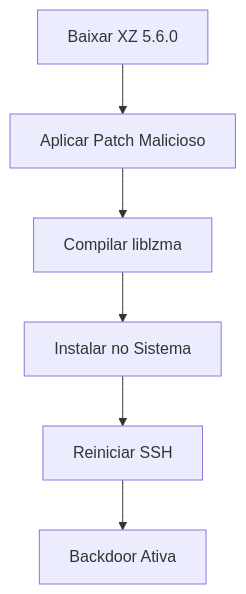
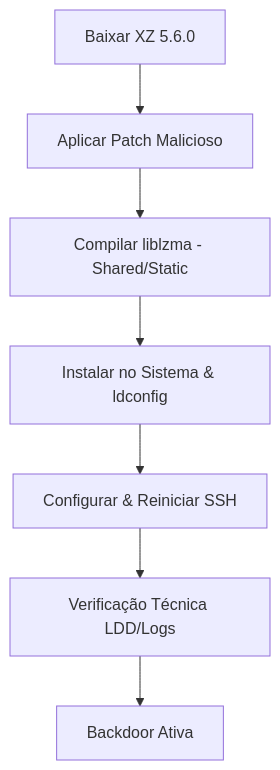
The diagram in README.md (Gabryel-lima/xzdoor-poc), drawn with Mermaid before and after one commit. The commit also changed other lines of this file, not shown here.

````diff
--- a/README.md
+++ b/README.md
@@ -30,8 +31,9 @@
 ```mermaid
 graph TD
     A[Baixar XZ 5.6.0] --> B[Aplicar Patch Malicioso]
-    B --> C[Compilar liblzma]
-    C --> D[Instalar no Sistema]
-    D --> E[Reiniciar SSH]
-    E --> F[Backdoor Ativa]
+    B --> C[Compilar liblzma - Shared/Static]
+    C --> D[Instalar no Sistema & ldconfig]
+    D --> E[Configurar & Reiniciar SSH]
+    E --> F[Verificação Técnica LDD/Logs]
+    F --> G[Backdoor Ativa]
 ```
````
